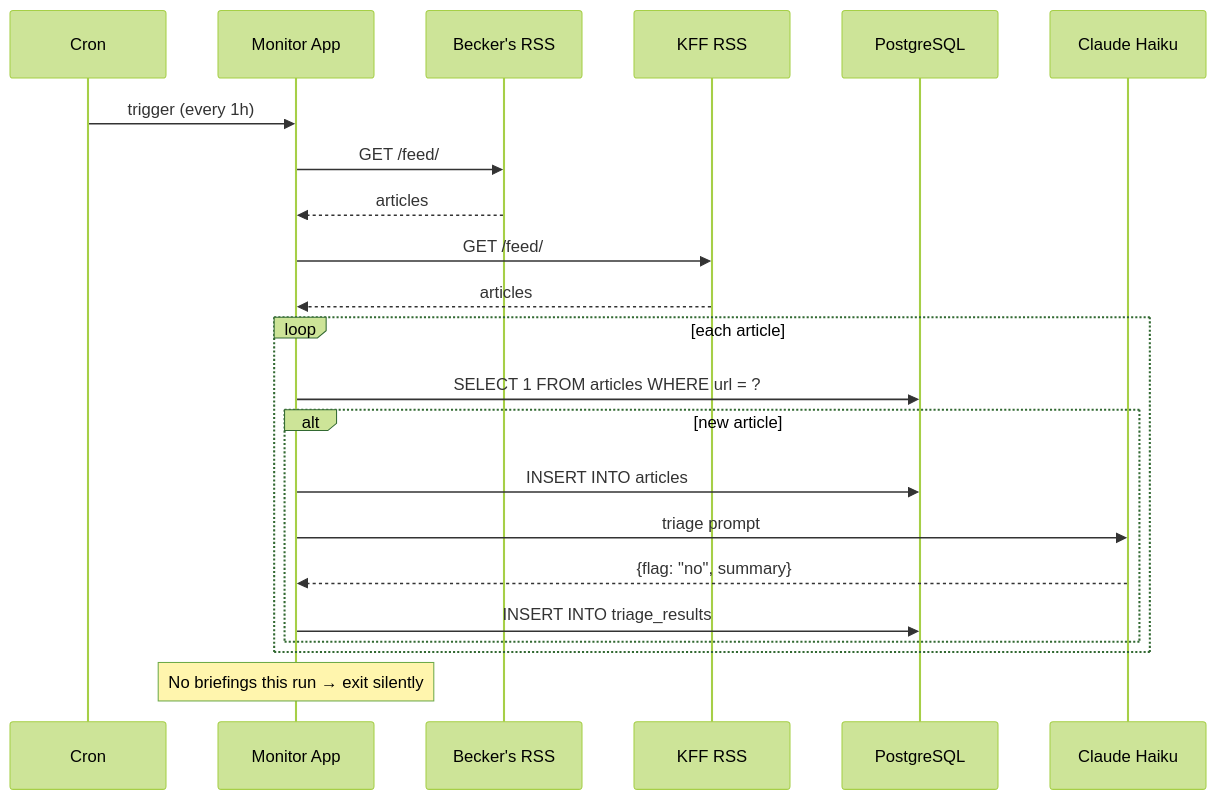
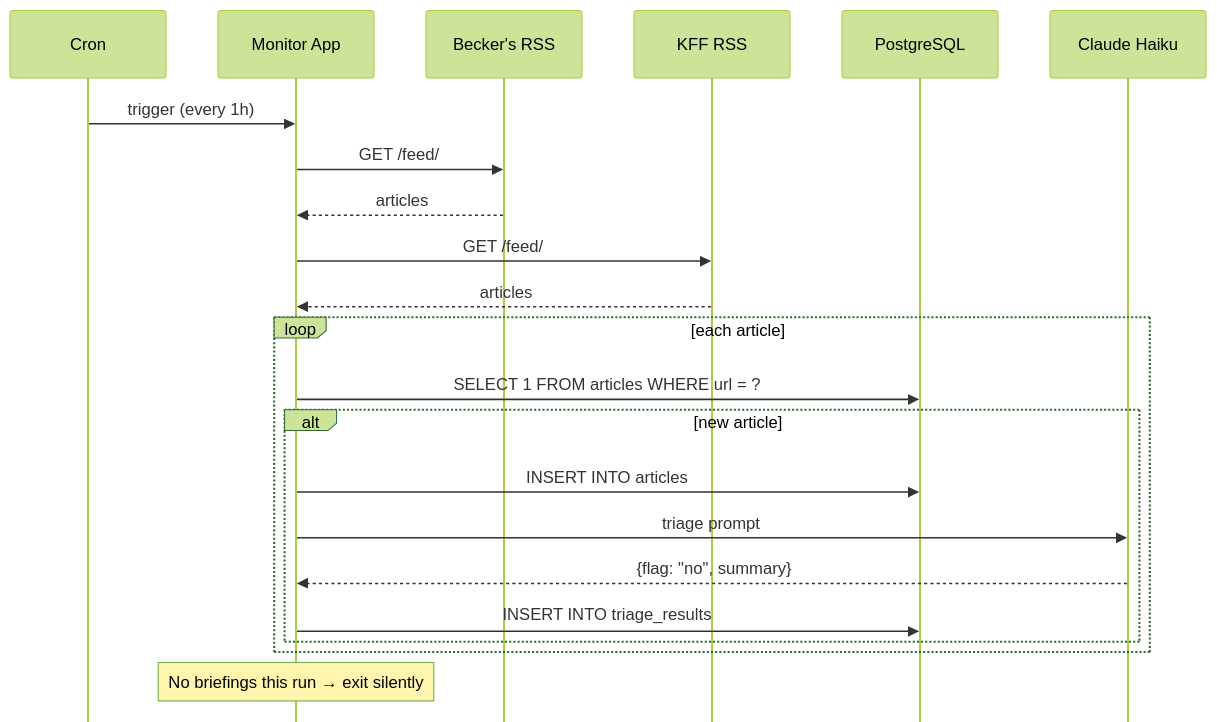
The fourth of 4 diagrams in docs/specs/phase3-design.md (ericlow/Health-Insurance-News-Agent), drawn with Mermaid (forest theme) before and after one commit. The commit also changed other lines of this file, not shown here.

Commit message:
docs(AGE-34): disable mirrored actors in sequence diagrams
Adds mirrorActors: false so participant boxes appear at top only.

````diff
--- a/docs/specs/phase3-design.md
+++ b/docs/specs/phase3-design.md
@@ -139,27 +140,28 @@
 ```mermaid
+%%{init: {'sequence': {'mirrorActors': false}}}%%
 sequenceDiagram
     participant CRON as Cron
     participant MON as Monitor App
     participant RSS_B as Becker's RSS
     participant RSS_K as KFF RSS
     participant DB as PostgreSQL
     participant HAIKU as Claude Haiku
 
     CRON->>MON: trigger (every 1h)
     MON->>RSS_B: GET /feed/
     RSS_B-->>MON: articles
     MON->>RSS_K: GET /feed/
     RSS_K-->>MON: articles
 
     loop each article
         MON->>DB: SELECT 1 FROM articles WHERE url = ?
         alt new article
             MON->>DB: INSERT INTO articles
             MON->>HAIKU: triage prompt
             HAIKU-->>MON: {flag: "no", summary}
             MON->>DB: INSERT INTO triage_results
         end
     end
 
     note over MON: No briefings this run → exit silently
 ```
````
